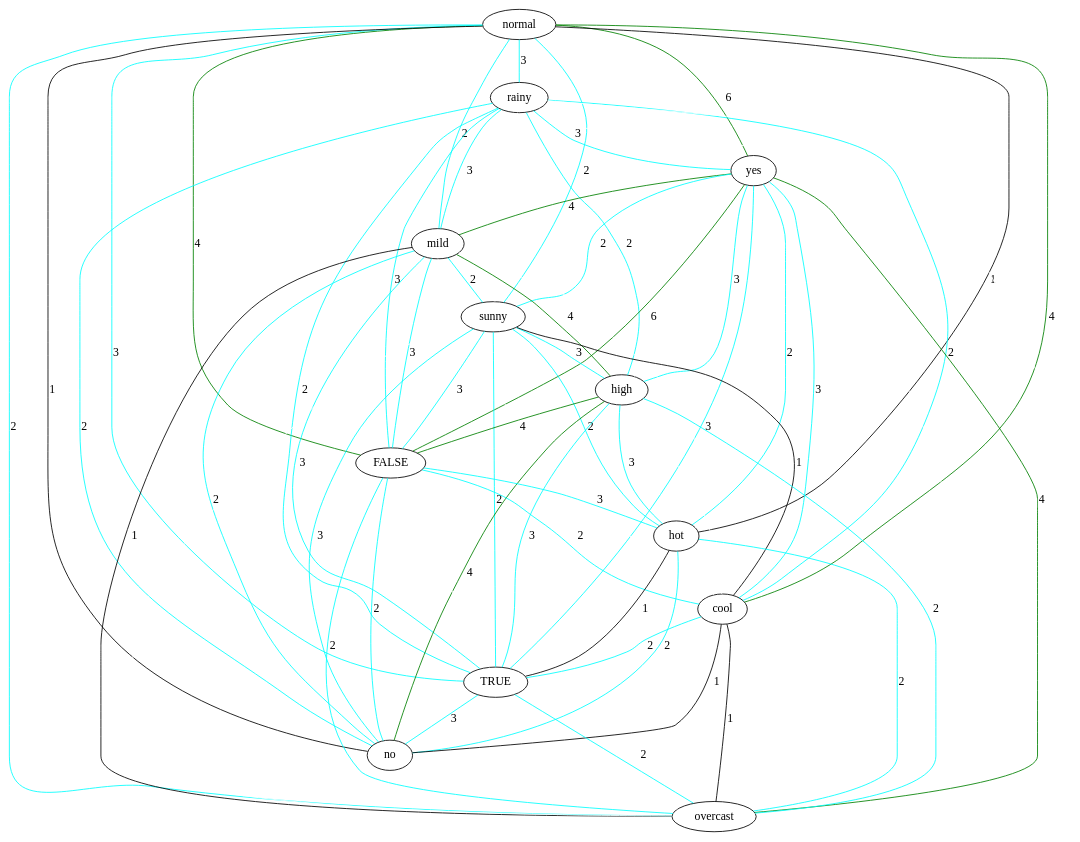
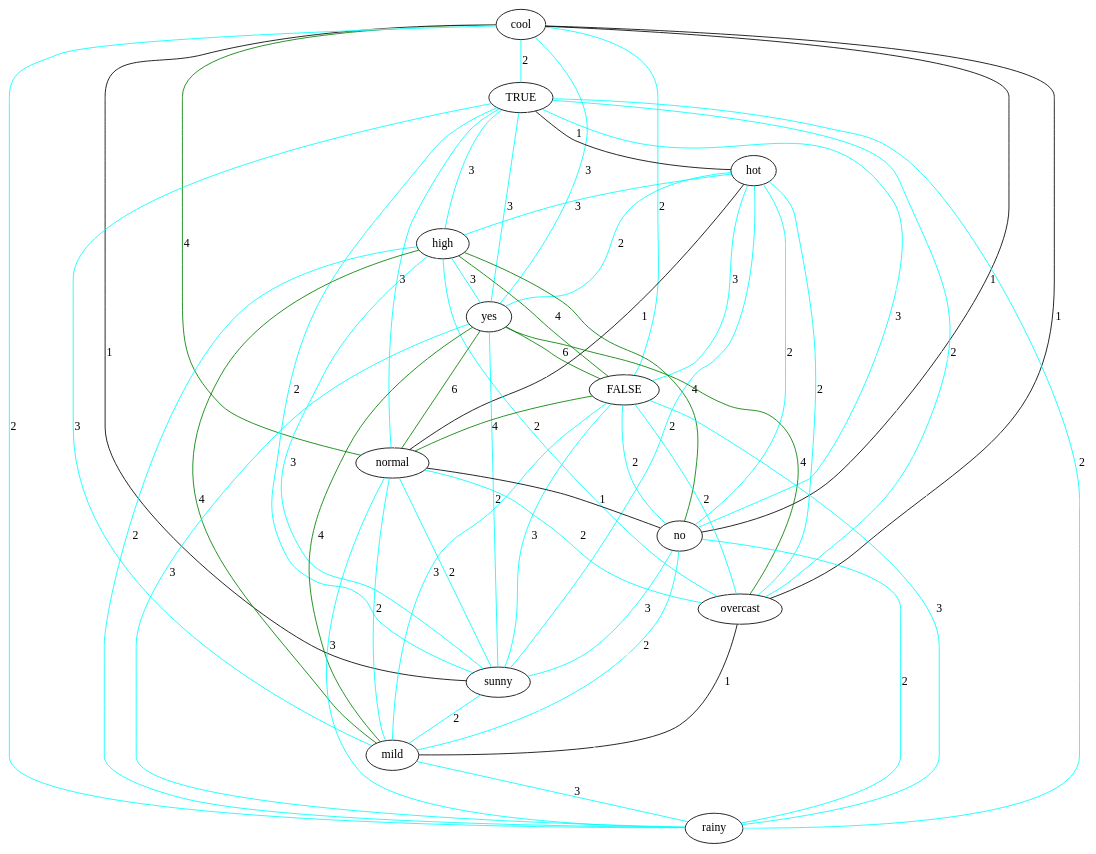
Before and after one commit to lrodrin/TFG: the diagram in src/final/exponentialGraph.dot, drawn with Graphviz. The commit also changed 13 other files, not shown here.

```diff
--- a/src/final/exponentialGraph.dot
+++ b/src/final/exponentialGraph.dot
@@ -1,80 +1,80 @@
 strict graph "" {
-normal;
-rainy;
-yes;
-mild;
-sunny;
-high;
-FALSE;
-hot;
 cool;
 TRUE;
+hot;
+high;
+yes;
+FALSE;
+normal;
 no;
 overcast;
-normal -- FALSE  [color=green, label=4];
-normal -- rainy  [color=cyan, label=3];
-normal -- yes  [color=green, label=6];
-normal -- cool  [color=green, label=4];
-normal -- hot  [color=black, label=1];
-normal -- mild  [color=cyan, label=2];
-normal -- sunny  [color=cyan, label=2];
-normal -- TRUE  [color=cyan, label=3];
-normal -- no  [color=black, label=1];
-normal -- overcast  [color=cyan, label=2];
-normal -- high  [color=white];
-rainy -- FALSE  [color=cyan, label=3];
-rainy -- yes  [color=cyan, label=3];
-rainy -- cool  [color=cyan, label=2];
-rainy -- hot  [color=white];
-rainy -- mild  [color=cyan, label=3];
-rainy -- sunny  [color=white];
-rainy -- TRUE  [color=cyan, label=2];
-rainy -- no  [color=cyan, label=2];
-rainy -- overcast  [color=white];
-rainy -- high  [color=cyan, label=2];
-yes -- cool  [color=cyan, label=3];
-yes -- TRUE  [color=cyan, label=3];
-yes -- hot  [color=cyan, label=2];
-yes -- mild  [color=green, label=4];
-yes -- high  [color=cyan, label=3];
-yes -- FALSE  [color=green, label=6];
-yes -- no  [color=white];
-yes -- overcast  [color=green, label=4];
-yes -- sunny  [color=cyan, label=2];
-mild -- cool  [color=white];
-mild -- TRUE  [color=cyan, label=3];
-mild -- hot  [color=white];
-mild -- sunny  [color=cyan, label=2];
-mild -- FALSE  [color=cyan, label=3];
-mild -- no  [color=cyan, label=2];
-mild -- overcast  [color=black, label=1];
-mild -- high  [color=green, label=4];
-sunny -- TRUE  [color=cyan, label=2];
-sunny -- hot  [color=cyan, label=2];
-sunny -- cool  [color=black, label=1];
-sunny -- FALSE  [color=cyan, label=3];
-sunny -- no  [color=cyan, label=3];
-sunny -- overcast  [color=white];
-sunny -- high  [color=cyan, label=3];
-high -- TRUE  [color=cyan, label=3];
-high -- hot  [color=cyan, label=3];
-high -- cool  [color=white];
-high -- FALSE  [color=green, label=4];
-high -- no  [color=green, label=4];
-high -- overcast  [color=cyan, label=2];
-FALSE -- cool  [color=cyan, label=2];
-FALSE -- hot  [color=cyan, label=3];
-FALSE -- TRUE  [color=white];
-FALSE -- no  [color=cyan, label=2];
-FALSE -- overcast  [color=cyan, label=2];
-hot -- cool  [color=white];
-hot -- TRUE  [color=black, label=1];
-hot -- no  [color=cyan, label=2];
-hot -- overcast  [color=cyan, label=2];
-cool -- TRUE  [color=cyan, label=2];
+sunny;
+mild;
+rainy;
+cool -- FALSE  [color=cyan, label=2];
+cool -- normal  [color=green, label=4];
 cool -- no  [color=black, label=1];
 cool -- overcast  [color=black, label=1];
+cool -- TRUE  [color=cyan, label=2];
+cool -- hot  [color=white];
+cool -- mild  [color=white];
+cool -- sunny  [color=black, label=1];
+cool -- high  [color=white];
+cool -- rainy  [color=cyan, label=2];
+cool -- yes  [color=cyan, label=3];
+TRUE -- mild  [color=cyan, label=3];
+TRUE -- FALSE  [color=white];
+TRUE -- normal  [color=cyan, label=3];
+TRUE -- overcast  [color=cyan, label=2];
+TRUE -- hot  [color=black, label=1];
 TRUE -- no  [color=cyan, label=3];
-TRUE -- overcast  [color=cyan, label=2];
+TRUE -- sunny  [color=cyan, label=2];
+TRUE -- high  [color=cyan, label=3];
+TRUE -- rainy  [color=cyan, label=2];
+TRUE -- yes  [color=cyan, label=3];
+hot -- overcast  [color=cyan, label=2];
+hot -- normal  [color=black, label=1];
+hot -- mild  [color=white];
+hot -- FALSE  [color=cyan, label=3];
+hot -- no  [color=cyan, label=2];
+hot -- sunny  [color=cyan, label=2];
+hot -- high  [color=cyan, label=3];
+hot -- rainy  [color=white];
+hot -- yes  [color=cyan, label=2];
+high -- FALSE  [color=green, label=4];
+high -- normal  [color=white];
+high -- overcast  [color=cyan, label=2];
+high -- no  [color=green, label=4];
+high -- sunny  [color=cyan, label=3];
+high -- mild  [color=green, label=4];
+high -- rainy  [color=cyan, label=2];
+high -- yes  [color=cyan, label=3];
+yes -- FALSE  [color=green, label=6];
+yes -- normal  [color=green, label=6];
+yes -- overcast  [color=green, label=4];
+yes -- no  [color=white];
+yes -- sunny  [color=cyan, label=2];
+yes -- rainy  [color=cyan, label=3];
+yes -- mild  [color=green, label=4];
+FALSE -- overcast  [color=cyan, label=2];
+FALSE -- normal  [color=green, label=4];
+FALSE -- mild  [color=cyan, label=3];
+FALSE -- no  [color=cyan, label=2];
+FALSE -- sunny  [color=cyan, label=3];
+FALSE -- rainy  [color=cyan, label=3];
+normal -- mild  [color=cyan, label=2];
+normal -- overcast  [color=cyan, label=2];
+normal -- no  [color=black, label=1];
+normal -- sunny  [color=cyan, label=2];
+normal -- rainy  [color=cyan, label=3];
 no -- overcast  [color=white];
+no -- mild  [color=cyan, label=2];
+no -- sunny  [color=cyan, label=3];
+no -- rainy  [color=cyan, label=2];
+overcast -- mild  [color=black, label=1];
+overcast -- sunny  [color=white];
+overcast -- rainy  [color=white];
+sunny -- mild  [color=cyan, label=2];
+sunny -- rainy  [color=white];
+mild -- rainy  [color=cyan, label=3];
 }
```
